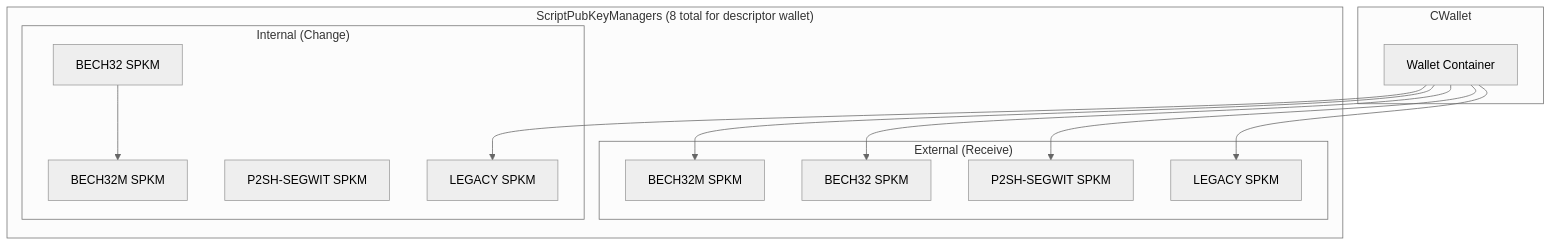
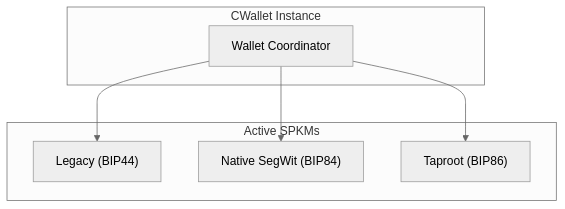
The third of 4 diagrams in src/wallets.md (diegobianqui/BOSS_Syllabus), drawn with Mermaid (neutral theme) before and after one commit. The commit also changed other lines of this file and 3 other files, not shown here.

````diff
--- a/src/wallets.md
+++ b/src/wallets.md
@@ -75,28 +89,16 @@
 ```mermaid
 graph TD
-    subgraph CWallet["CWallet"]
-        W["Wallet Container"]
+    subgraph CWallet["CWallet Instance"]
+        W["Wallet Coordinator"]
     end
     
-    subgraph SPKMs["ScriptPubKeyManagers (8 total for descriptor wallet)"]
-        subgraph External["External (Receive)"]
-            E1["LEGACY SPKM"]
-            E2["P2SH-SEGWIT SPKM"]
-            E3["BECH32 SPKM"]
-            E4["BECH32M SPKM"]
-        end
-        subgraph Internal["Internal (Change)"]
-            I1["LEGACY SPKM"]
-            I2["P2SH-SEGWIT SPKM"]
-            I3["BECH32 SPKM"]
-            I4["BECH32M SPKM"]
-        end
+    subgraph SPKMs["Active SPKMs"]
+        E1["Legacy (BIP44)"]
+        E2["Native SegWit (BIP84)"]
+        E3["Taproot (BIP86)"]
     end
     
     W --> E1
     W --> E2
     W --> E3
-    W --> E4
-    W --> I1
-    I3 --> I4
 ```
````
